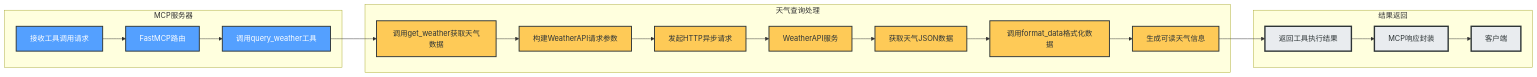
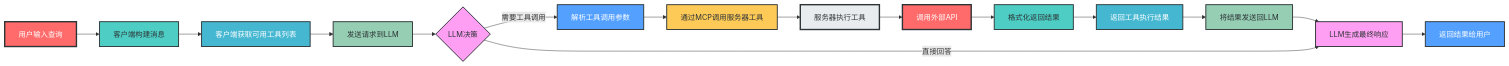
The fourth of 4 diagrams in mcp_agent_demo/readme.md (amuqiao/mcp_rag_llm), drawn with Mermaid before and after one commit. The commit also changed other lines of this file and 4 other files, not shown here.

````diff
--- a/mcp_agent_demo/readme.md
+++ b/mcp_agent_demo/readme.md
@@ -173,31 +215,32 @@
 ```mermaid
 flowchart LR
-    subgraph MCP服务器
-        A[接收工具调用请求] --> B[FastMCP路由]
-        B --> C[调用query_weather工具]
-    end
-
-    subgraph 天气查询处理
-        C --> D[调用get_weather获取天气数据]
-        D --> E[构建WeatherAPI请求参数]
-        E --> F[发起HTTP异步请求]
-        F --> G[WeatherAPI服务]
-        G --> H[获取天气JSON数据]
-        H --> I[调用format_data格式化数据]
-        I --> J[生成可读天气信息]
-    end
-
-    subgraph 结果返回
-        J --> K[返回工具执行结果]
-        K --> L[MCP响应封装]
-        L --> M[客户端]
-    end
-
-    classDef serverStyle fill:#54A0FF,stroke:#2D3436,stroke-width:2px,color:white;
-    classDef weatherStyle fill:#FECA57,stroke:#2D3436,stroke-width:2px,color:#2D3436;
-    classDef responseStyle fill:#E9ECEF,stroke:#2D3436,stroke-width:3px,color:#2D3436;
-
-    class A,B,C serverStyle;
-    class D,E,F,G,H,I,J weatherStyle;
-    class K,L,M responseStyle;
+    A[用户输入查询] --> B[客户端构建消息]
+    B --> C[客户端获取可用工具列表]
+    C --> D[发送请求到LLM]
+    D --> E{LLM决策}
+    E -->|需要工具调用| F[解析工具调用参数]
+    F --> G[通过MCP调用服务器工具]
+    G --> H[服务器执行工具]
+    H --> I[调用外部API]
+    I --> J[格式化返回结果]
+    J --> K[返回工具执行结果]
+    K --> L[将结果发送回LLM]
+    L --> M[LLM生成最终响应]
+    M --> N[返回结果给用户]
+    E -->|直接回答| M
+    
+    style A fill:#FF6B6B,stroke:#2D3436,stroke-width:3px,color:white
+    style B fill:#4ECDC4,stroke:#2D3436,stroke-width:2px,color:#2D3436
+    style C fill:#45B7D1,stroke:#2D3436,stroke-width:2px,color:white
+    style D fill:#96CEB4,stroke:#2D3436,stroke-width:2px,color:#2D3436
+    style E fill:#FF9FF3,stroke:#2D3436,stroke-width:2px,color:#2D3436
+    style F fill:#54A0FF,stroke:#2D3436,stroke-width:2px,color:white
+    style G fill:#FECA57,stroke:#2D3436,stroke-width:2px,color:#2D3436
+    style H fill:#E9ECEF,stroke:#2D3436,stroke-width:3px,color:#2D3436
+    style I fill:#FF6B6B,stroke:#2D3436,stroke-width:3px,color:white
+    style J fill:#4ECDC4,stroke:#2D3436,stroke-width:2px,color:#2D3436
+    style K fill:#45B7D1,stroke:#2D3436,stroke-width:2px,color:white
+    style L fill:#96CEB4,stroke:#2D3436,stroke-width:2px,color:#2D3436
+    style M fill:#FF9FF3,stroke:#2D3436,stroke-width:2px,color:#2D3436
+    style N fill:#54A0FF,stroke:#2D3436,stroke-width:2px,color:white
 ```
````
